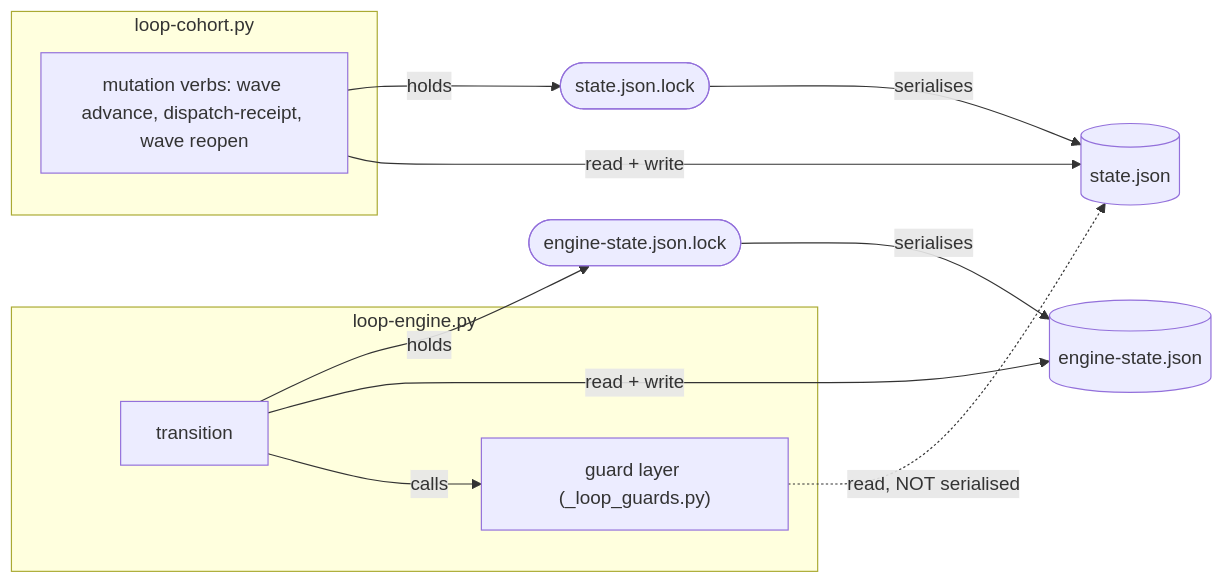
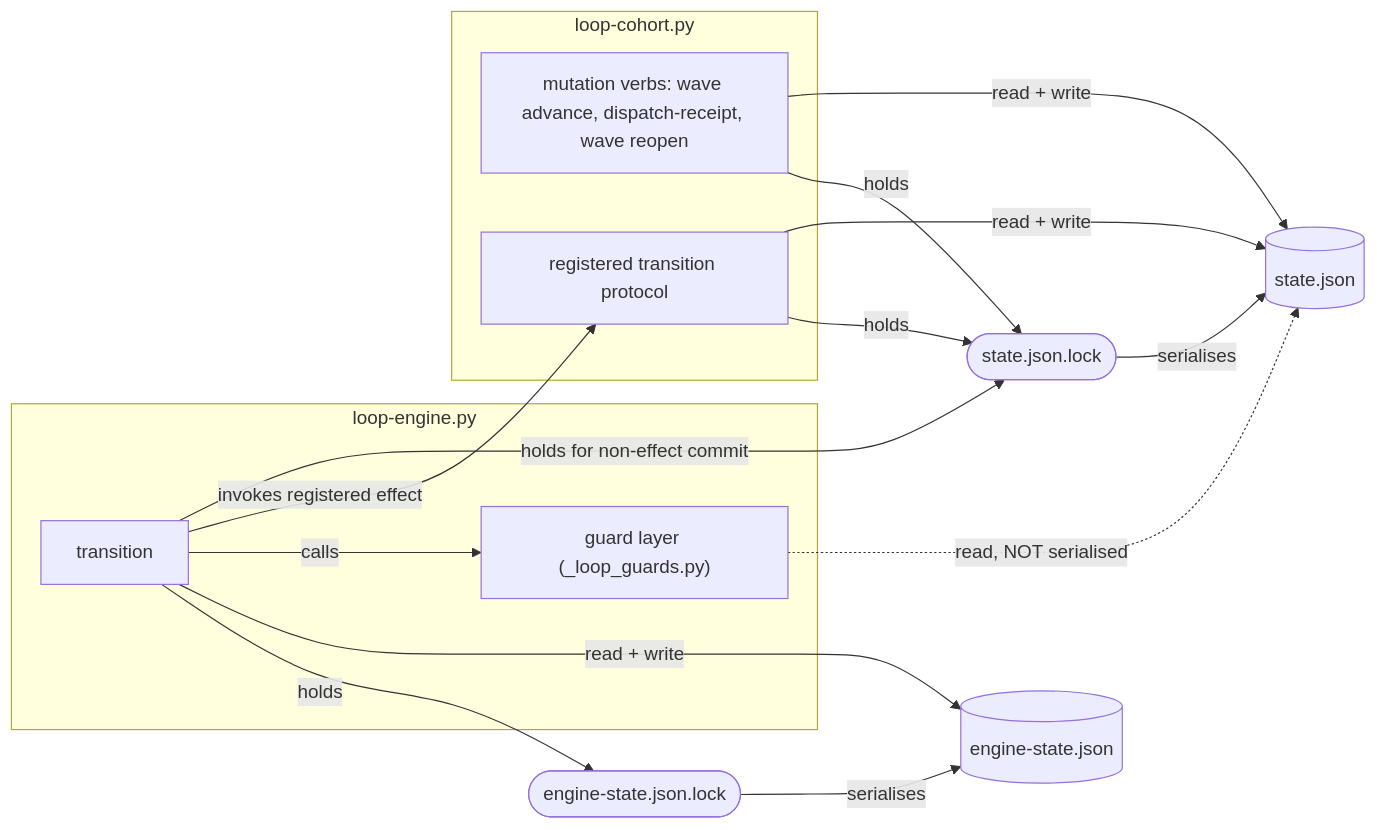
The first of 4 diagrams in docs/architecture/loop-infrastructure.md (eugenelim/agent-ready-repo), drawn with Mermaid before and after one commit. The commit also changed other lines of this file and 51 other files, not shown here.

````diff
--- a/docs/architecture/loop-infrastructure.md
+++ b/docs/architecture/loop-infrastructure.md
@@ -127,26 +129,31 @@
 ```mermaid
 flowchart LR
   subgraph EP["loop-engine.py"]
     ET["transition"]
     EG["guard layer (_loop_guards.py)"]
   end
   subgraph CP["loop-cohort.py"]
     CV["mutation verbs: wave advance, dispatch-receipt, wave reopen"]
+    CT["registered transition protocol"]
   end
 
   EL(["engine-state.json.lock"])
   CL(["state.json.lock"])
   ES[("engine-state.json")]
   CS[("state.json")]
 
   ET -- holds --> EL
   EL -- serialises --> ES
   ET -- "read + write" --> ES
   ET -- calls --> EG
+  ET -- "invokes registered effect" --> CT
+  ET -- "holds for non-effect commit" --> CL
 
   CV -- holds --> CL
   CL -- serialises --> CS
   CV -- "read + write" --> CS
+  CT -- holds --> CL
+  CT -- "read + write" --> CS
 
   EG -. "read, NOT serialised" .-> CS
 ```
````
